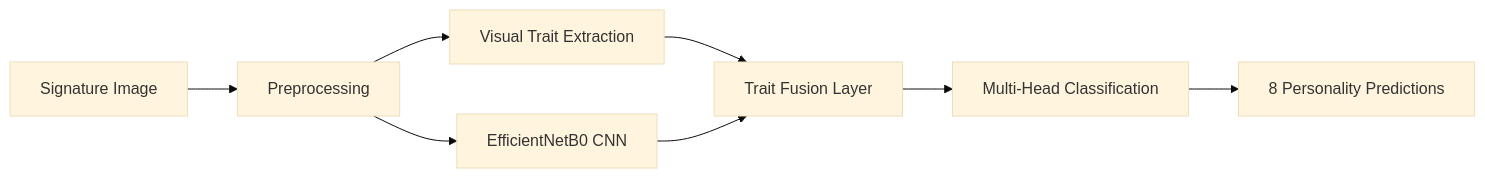
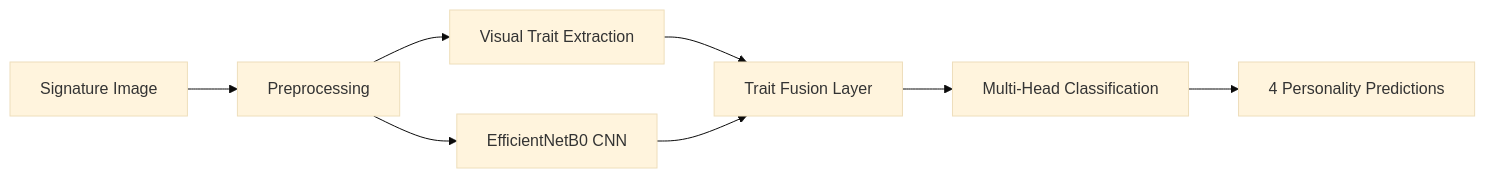
Before and after one commit to dhanushkumar76/signalyze-personality-predictor: the diagram in README.md, drawn with Mermaid (base theme). The commit also changed other lines of this file and 30 other files, not shown here.

````diff
--- a/README.md
+++ b/README.md
@@ -51,10 +47,10 @@
 ```mermaid
 graph LR
     A[Signature Image] --> B[Preprocessing]
     B --> C[Visual Trait Extraction]
     B --> D[EfficientNetB0 CNN]
     C --> E[Trait Fusion Layer]
     D --> E
     E --> F[Multi-Head Classification]
-    F --> G[8 Personality Predictions]
+    F --> G[4 Personality Predictions]
 ```
````
